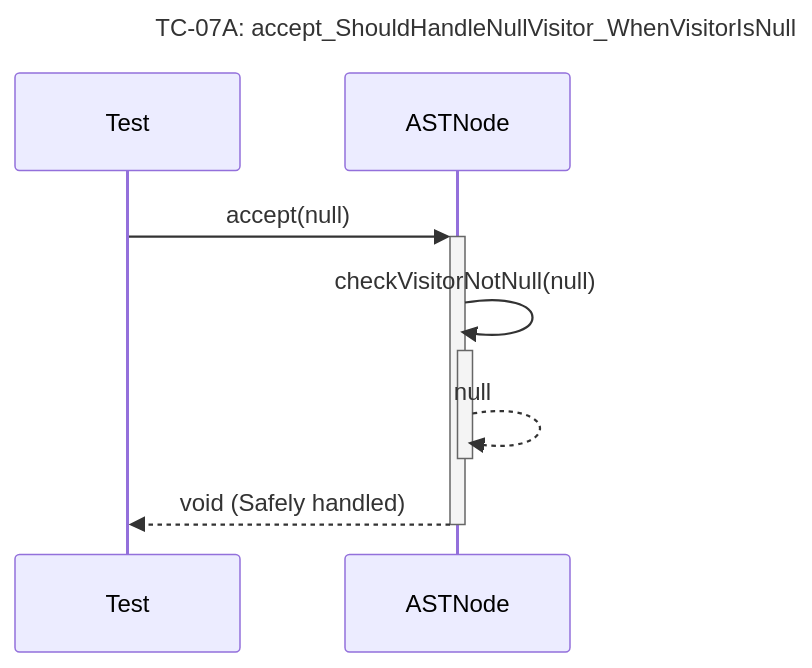
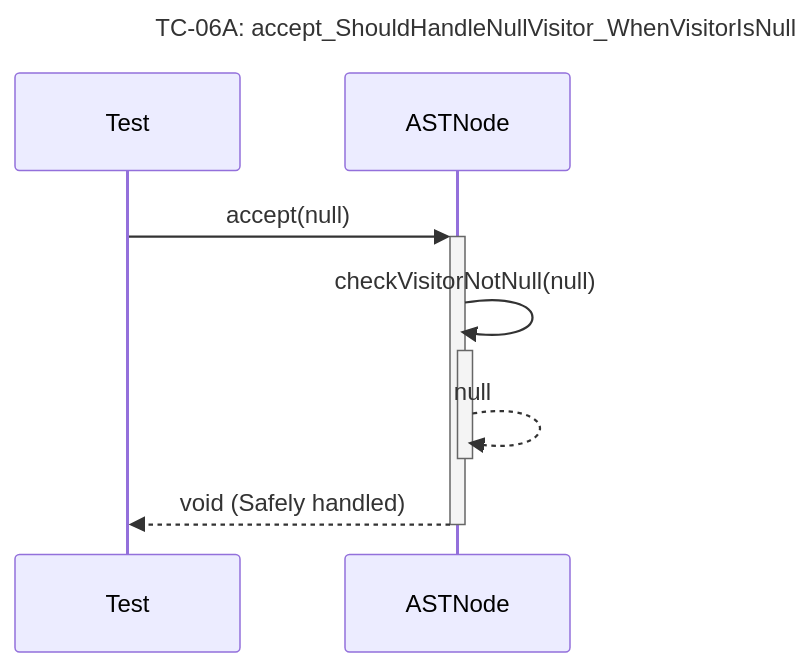
Before and after one commit to Dikhang1112/Database_Management_BBV: diagram 23 of 24 in docs/unit_test/query_prossor/SequeceTestCase.md, drawn with Mermaid. The commit also changed other lines of this file and 16 other files, not shown here.

````diff
--- a/docs/unit_test/query_prossor/SequeceTestCase.md
+++ b/docs/unit_test/query_prossor/SequeceTestCase.md
@@ -439,11 +343,11 @@
 ```mermaid
 sequenceDiagram
-    title TC-07A: accept_ShouldHandleNullVisitor_WhenVisitorIsNull
+    title TC-06A: accept_ShouldHandleNullVisitor_WhenVisitorIsNull
     participant Test
     participant ASTNode
 
     Test->>+ASTNode: accept(null)
     ASTNode->>+ASTNode: checkVisitorNotNull(null)
     ASTNode-->>-ASTNode: null
     ASTNode-->>-Test: void (Safely handled)
 ```
````
